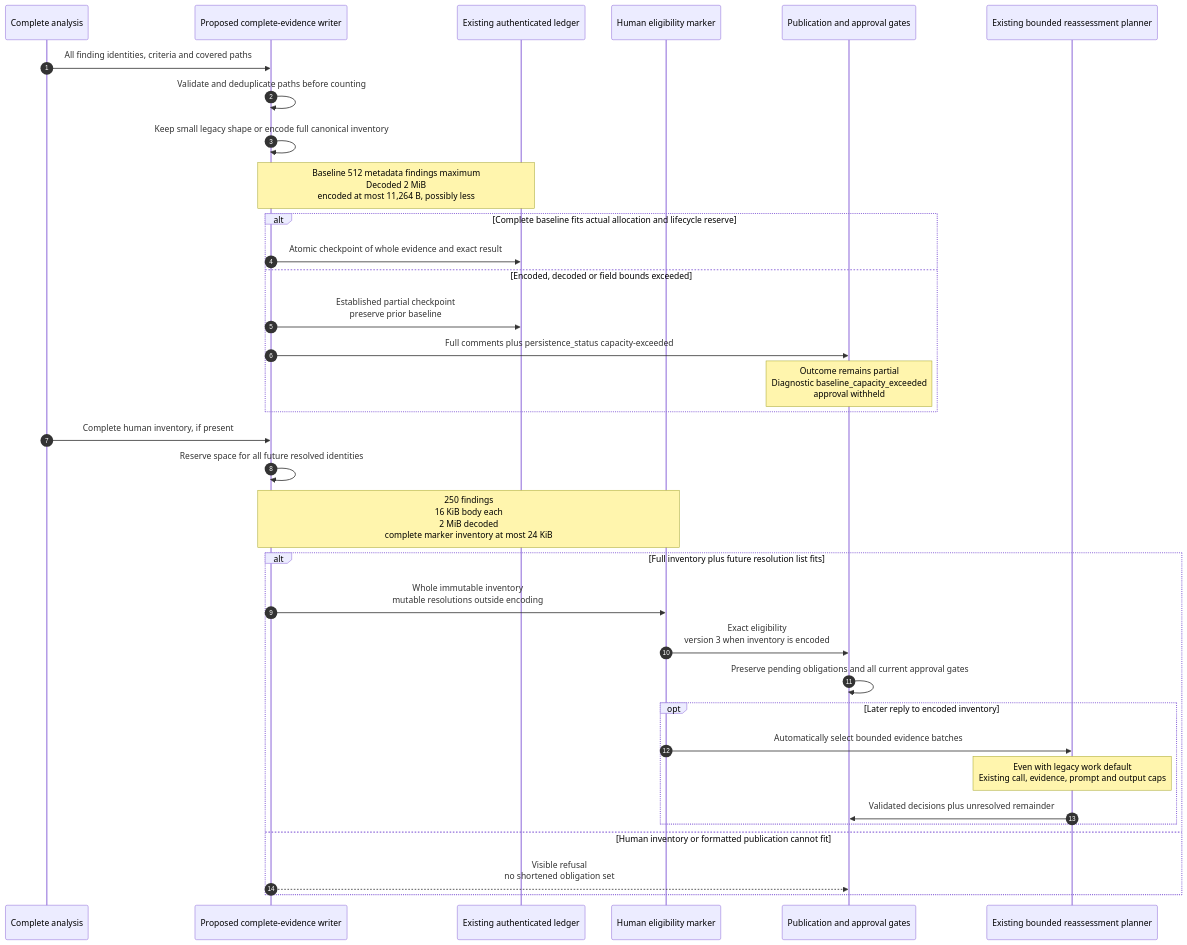
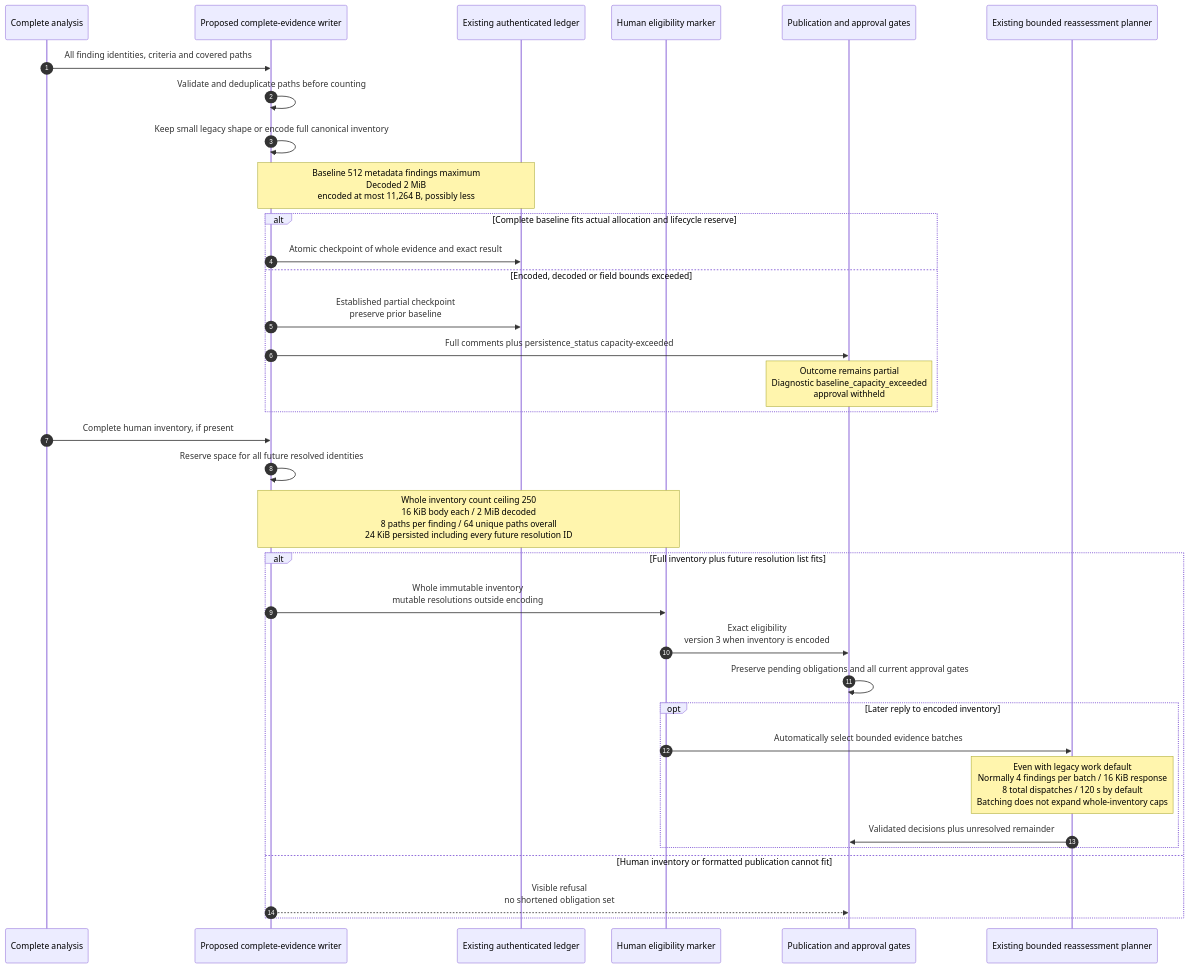
The fourth of 4 diagrams in docs/review-pipelines.md (malsabbagh/review-sensei), drawn with Mermaid before and after one commit. The commit also changed other lines of this file, not shown here.

Commit message:
docs: distinguish whole inventory and provider batch limits

````diff
--- a/docs/review-pipelines.md
+++ b/docs/review-pipelines.md
@@ -634,36 +635,36 @@
 ```mermaid
 sequenceDiagram
     autonumber
     participant Analysis as Complete analysis
     participant Writer as Proposed complete-evidence writer
     participant Ledger as Existing authenticated ledger
     participant Human as Human eligibility marker
     participant Gate as Publication and approval gates
     participant Reply as Existing bounded reassessment planner
     Analysis->>Writer: All finding identities, criteria and covered paths
     Writer->>Writer: Validate and deduplicate paths before counting
     Writer->>Writer: Keep small legacy shape or encode full canonical inventory
     Note over Writer,Ledger: Baseline 512 metadata findings maximum<br/>Decoded 2 MiB<br/> encoded at most 11,264 B, possibly less
     alt Complete baseline fits actual allocation and lifecycle reserve
         Writer->>Ledger: Atomic checkpoint of whole evidence and exact result
     else Encoded, decoded or field bounds exceeded
         Writer->>Ledger: Established partial checkpoint<br/> preserve prior baseline
         Writer->>Gate: Full comments plus persistence_status capacity-exceeded
         Note over Gate: Outcome remains partial<br/>Diagnostic baseline_capacity_exceeded<br/> approval withheld
     end
     Analysis->>Writer: Complete human inventory, if present
     Writer->>Writer: Reserve space for all future resolved identities
-    Note over Writer,Human: 250 findings<br/> 16 KiB body each<br/>2 MiB decoded<br/> complete marker inventory at most 24 KiB
+    Note over Writer,Human: Whole inventory count ceiling 250<br/>16 KiB body each / 2 MiB decoded<br/>8 paths per finding / 64 unique paths overall<br/>24 KiB persisted including every future resolution ID
     alt Full inventory plus future resolution list fits
         Writer->>Human: Whole immutable inventory<br/> mutable resolutions outside encoding
         Human->>Gate: Exact eligibility<br/> version 3 when inventory is encoded
         Gate->>Gate: Preserve pending obligations and all current approval gates
         opt Later reply to encoded inventory
             Human->>Reply: Automatically select bounded evidence batches
-            Note over Reply: Even with legacy work default<br/>Existing call, evidence, prompt and output caps
+            Note over Reply: Even with legacy work default<br/>Normally 4 findings per batch / 16 KiB response<br/>8 total dispatches / 120 s by default<br/>Batching does not expand whole-inventory caps
             Reply->>Gate: Validated decisions plus unresolved remainder
         end
     else Human inventory or formatted publication cannot fit
         Writer-->>Gate: Visible refusal<br/> no shortened obligation set
     end
 ```
````
